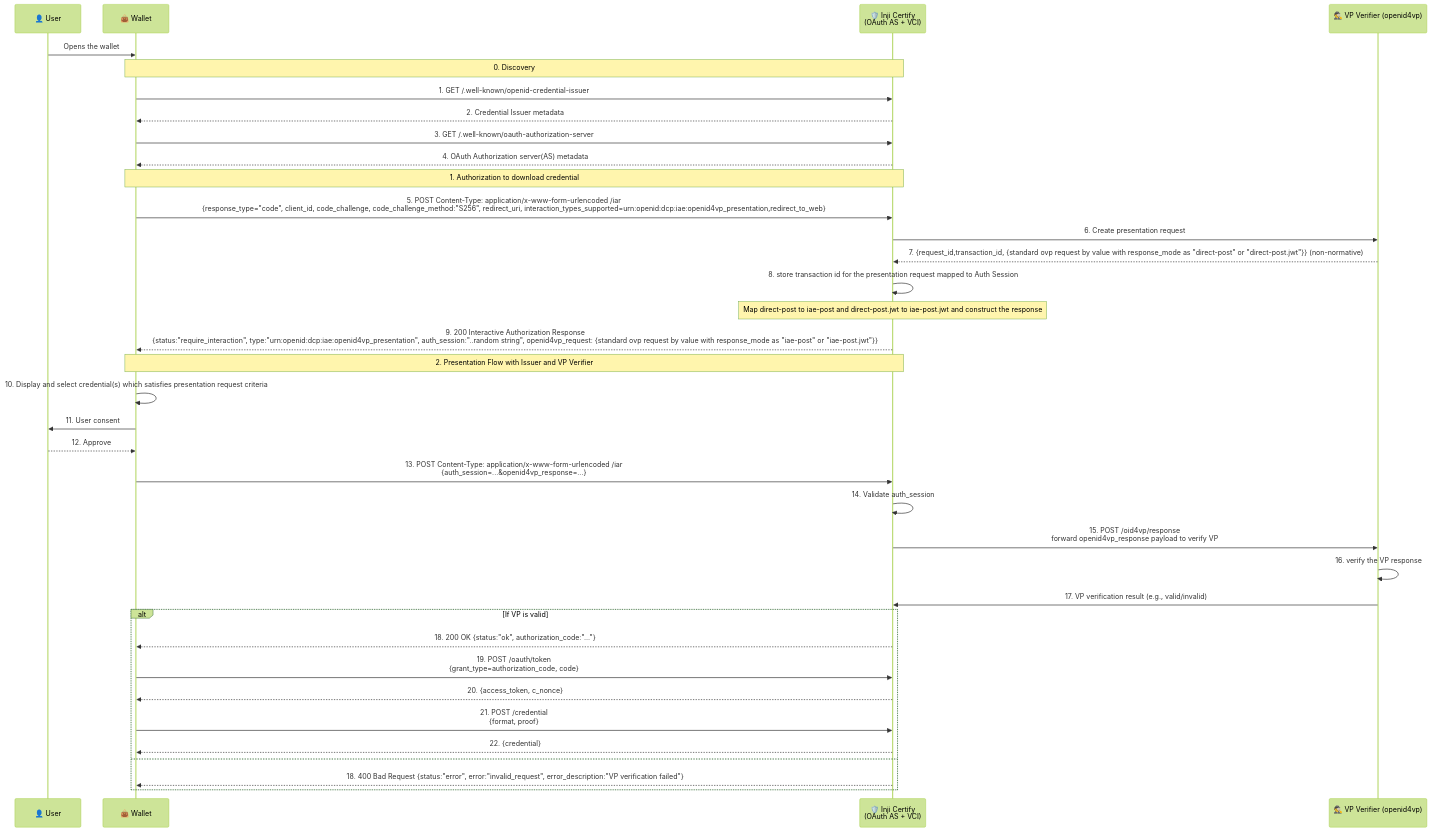
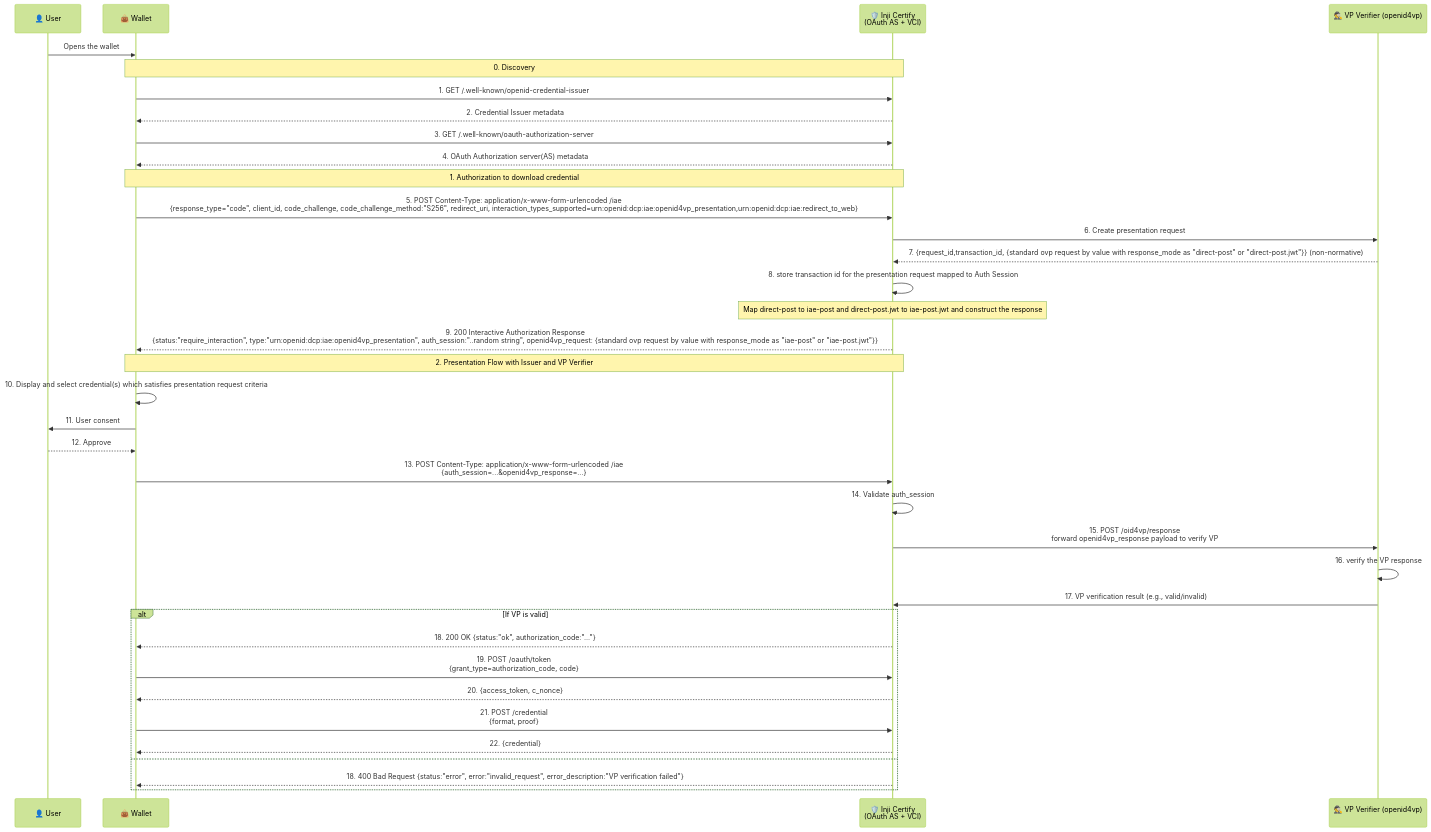
The diagram in docs/Presentation-During-Issuance.md (inji/inji-certify), drawn with Mermaid (forest theme) before and after one commit. The commit also changed other lines of this file and 18 other files, not shown here.

Commit message:
[INJICERT-1335] #739 Align IAE endpoint and auth metadata with OpenID4VCI 1.1

````diff
--- a/docs/Presentation-During-Issuance.md
+++ b/docs/Presentation-During-Issuance.md
@@ -33,43 +33,43 @@
 ```mermaid
 sequenceDiagram
     participant U as 👤 User
     participant W as 👜 Wallet
     participant IC as 🛡️ Inji Certify<br/>(OAuth AS + VCI)
     participant IVP as 🕵️ VP Verifier (openid4vp)<br/>
 
     U->>W: Opens the wallet
     Note over W,IC: 0. Discovery
     W->>IC: 1. GET /.well-known/openid-credential-issuer
     IC-->>W: 2. Credential Issuer metadata
     W->>IC: 3. GET /.well-known/oauth-authorization-server
     IC-->>W: 4. OAuth Authorization server(AS) metadata 
     
     Note over W,IC: 1. Authorization to download credential
-    W->>IC: 5. POST Content-Type: application/x-www-form-urlencoded /iar<br/>{response_type="code", client_id, code_challenge, code_challenge_method:"S256", redirect_uri, interaction_types_supported=urn:openid:dcp:iae:openid4vp_presentation,redirect_to_web}
+    W->>IC: 5. POST Content-Type: application/x-www-form-urlencoded /iae<br/>{response_type="code", client_id, code_challenge, code_challenge_method:"S256", redirect_uri, interaction_types_supported=urn:openid:dcp:iae:openid4vp_presentation,urn:openid:dcp:iae:redirect_to_web}
     IC->>IVP: 6. Create presentation request
     IVP-->>IC: 7. {request_id,transaction_id, {standard ovp request by value with response_mode as "direct-post" or "direct-post.jwt"}} (non-normative)
     IC->>IC: 8. store transaction id for the presentation request mapped to Auth Session
     Note over IC: Map direct-post to iae-post and direct-post.jwt to iae-post.jwt and construct the response
     IC-->>W: 9. 200 Interactive Authorization Response<br/>{status:"require_interaction", type:"urn:openid:dcp:iae:openid4vp_presentation", auth_session:"..random string", openid4vp_request: {standard ovp request by value with response_mode as "iae-post" or "iae-post.jwt"}}
     
     Note over W,IC: 2. Presentation Flow with Issuer and VP Verifier
     W->>W: 10. Display and select credential(s) which satisfies presentation request criteria
     W->>U: 11. User consent
     U-->>W: 12. Approve
-    W->>IC: 13. POST Content-Type: application/x-www-form-urlencoded /iar<br/>{auth_session=...&openid4vp_response=...}
+    W->>IC: 13. POST Content-Type: application/x-www-form-urlencoded /iae<br/>{auth_session=...&openid4vp_response=...}
     IC->>IC: 14. Validate auth_session
     IC->>IVP: 15. POST /oid4vp/response<br/>forward openid4vp_response payload to verify VP
     IVP->>IVP: 16. verify the VP response
     IVP->>IC: 17. VP verification result (e.g., valid/invalid)
     
     alt If VP is valid 
             IC-->>W: 18. 200 OK {status:"ok", authorization_code:"..."}
             W->>IC: 19. POST /oauth/token<br/>{grant_type=authorization_code, code}
             IC-->>W: 20. {access_token, c_nonce}
             W->>IC: 21. POST /credential<br/>{format, proof}
             IC-->>W: 22. {credential}
     else
             IC-->>W: 18. 400 Bad Request {status:"error", error:"invalid_request", error_description:"VP verification failed"}
     end
     
 ```
````
